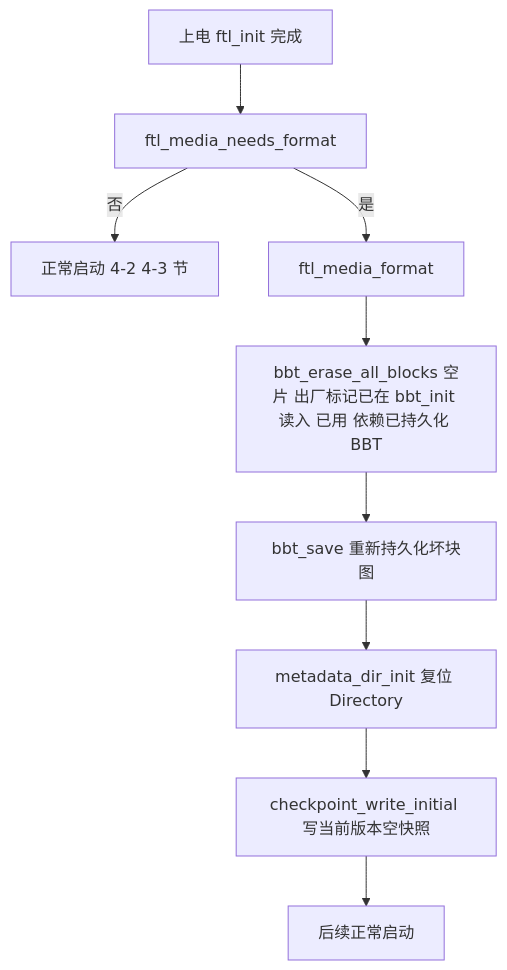
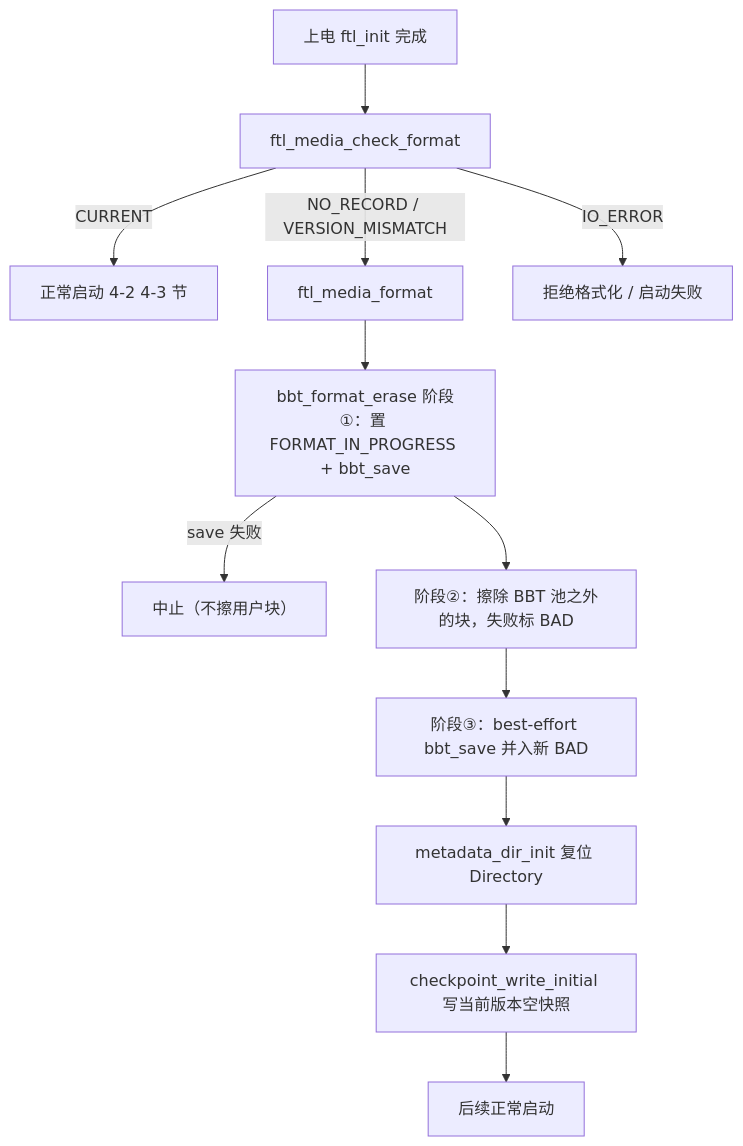
One commit to YzYMIAO/BASESSD changed diagram 23 of 32 in docs/design/ftl_design.md. Above: the diagram before and after it, drawn with Mermaid. The commit also changed other lines of this file and 17 other files, not shown here.

First line of the commit message:
fix(ftl): BBT 与掉电恢复模块审查收口

````diff
--- a/docs/design/ftl_design.md
+++ b/docs/design/ftl_design.md
@@ -3342,11 +3368,14 @@
 ```mermaid
 flowchart TD
-    A["上电 ftl_init 完成"] --> B["ftl_media_needs_format"]
-    B -- "否" --> C["正常启动 4-2 4-3 节"]
-    B -- "是" --> D["ftl_media_format"]
-    D --> D1["bbt_erase_all_blocks 空片 出厂标记已在 bbt_init 读入 已用 依赖已持久化 BBT"]
-    D1 --> D2["bbt_save 重新持久化坏块图"]
-    D2 --> D3["metadata_dir_init 复位 Directory"]
-    D3 --> D4["checkpoint_write_initial 写当前版本空快照"]
-    D4 --> E["后续正常启动"]
+    A["上电 ftl_init 完成"] --> B["ftl_media_check_format"]
+    B -- "CURRENT" --> C["正常启动 4-2 4-3 节"]
+    B -- "NO_RECORD / VERSION_MISMATCH" --> D["ftl_media_format"]
+    B -- "IO_ERROR" --> H["拒绝格式化 / 启动失败"]
+    D --> D1["bbt_format_erase 阶段①：置 FORMAT_IN_PROGRESS + bbt_save"]
+    D1 -- "save 失败" --> H2["中止（不擦用户块）"]
+    D1 --> D2["阶段②：擦除 BBT 池之外的块，失败标 BAD"]
+    D2 --> D3["阶段③：best-effort bbt_save 并入新 BAD"]
+    D3 --> D4["metadata_dir_init 复位 Directory"]
+    D4 --> D5["checkpoint_write_initial 写当前版本空快照"]
+    D5 --> E["后续正常启动"]
 ```
````
